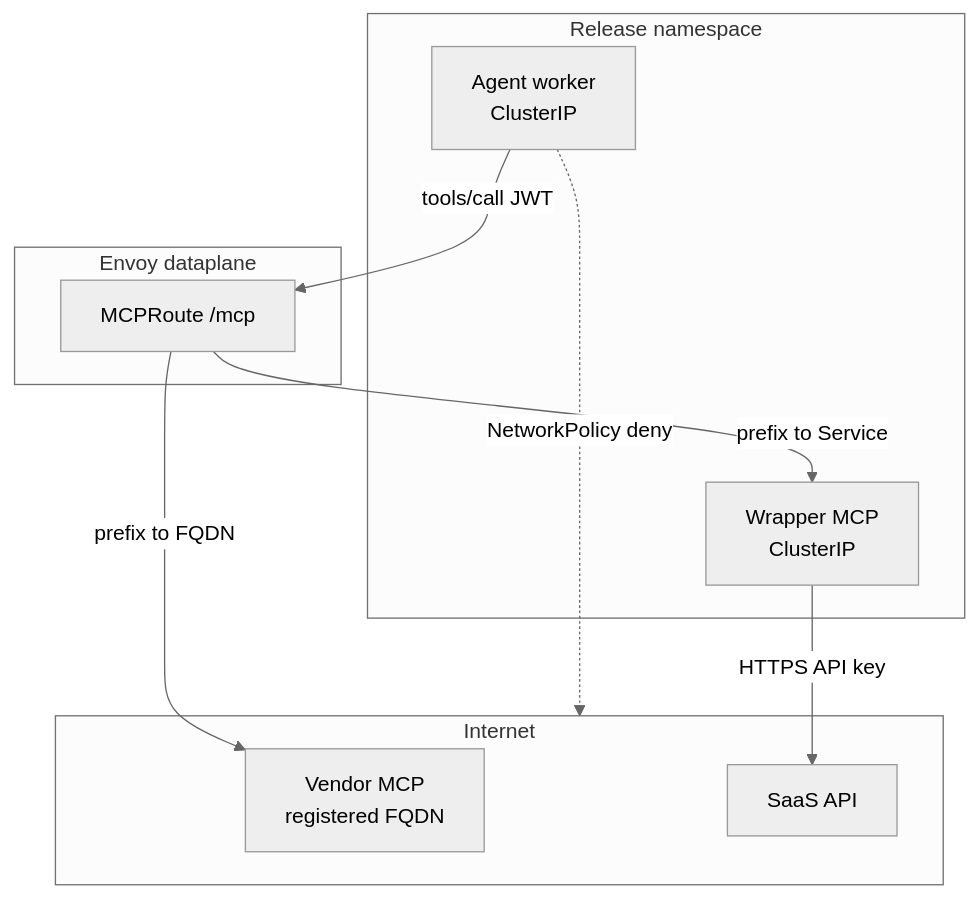
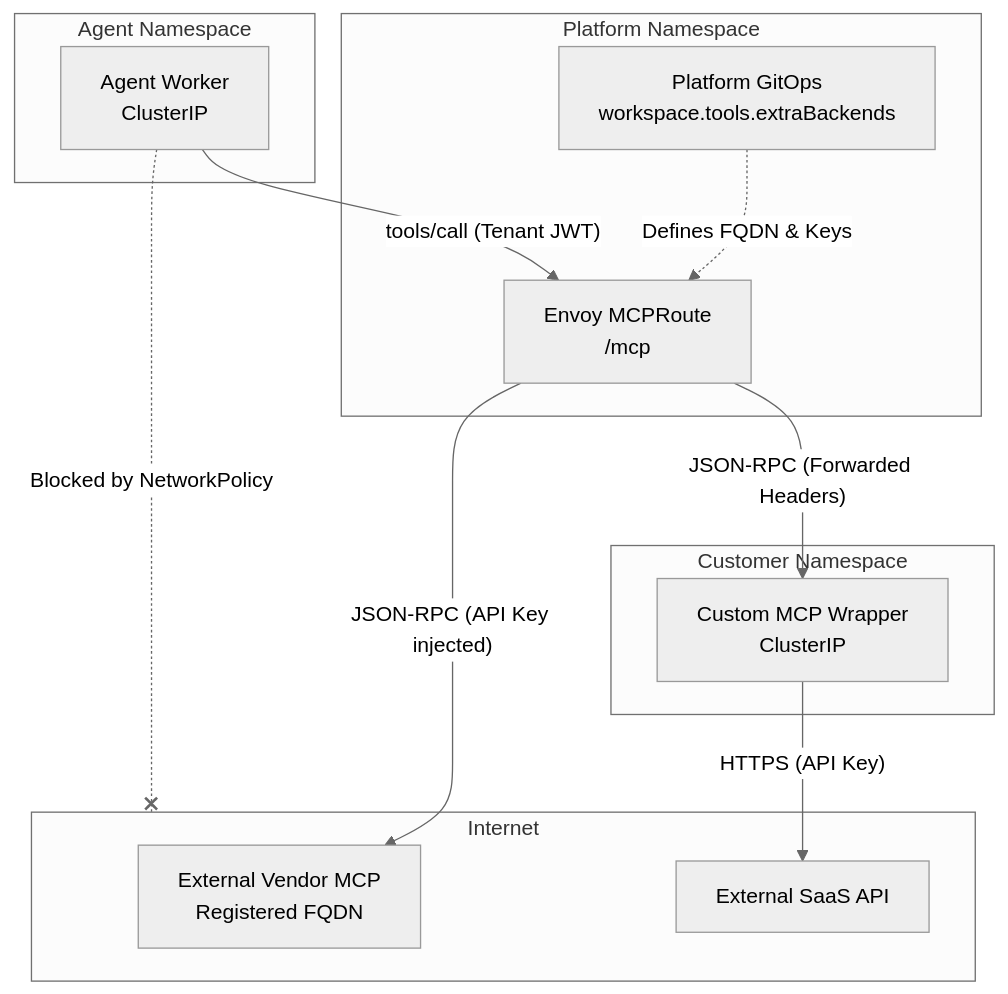
One commit to devopssquaddev/zelkor-platform changed the first of 2 diagrams in docs/architecture-external-mcp.md. Above: the diagram before and after it, drawn with Mermaid.

Commit message:
docs(platform): restore detailed architecture diagram
Restored the first flowchart diagram to the more detailed version that
explicitly shows the GitOps boundary, the MCP Gateway, and the two distinct
routing paths (Direct FQDN vs Custom Wrapper).

````diff
--- a/docs/architecture-external-mcp.md
+++ b/docs/architecture-external-mcp.md
@@ -28,23 +28,37 @@
 ```mermaid
 ---
 config:
   theme: neutral
 ---
 flowchart TB
-  subgraph cluster [Release namespace]
-    Agent[Agent worker\nClusterIP]
-    ExtraMCP[Wrapper MCP\nClusterIP]
+  subgraph Agent Namespace
+    Agent[Agent Worker\nClusterIP]
   end
-  subgraph dataplane [Envoy dataplane]
-    Route[MCPRoute /mcp]
+
+  subgraph Platform Namespace
+    MCPGateway[Envoy MCPRoute\n/mcp]
+    GitOps[Platform GitOps\nworkspace.tools.extraBackends]
   end
-  subgraph internet [Internet]
-    VendorMCP[Vendor MCP\nregistered FQDN]
-    SaaSAPI[SaaS API]
+
+  subgraph Customer Namespace
+    ExtraMCP[Custom MCP Wrapper\nClusterIP]
   end
-  Agent -->|"tools/call JWT"| Route
-  Route -->|"prefix to FQDN"| VendorMCP
-  Route -->|"prefix to Service"| ExtraMCP
-  ExtraMCP -->|"HTTPS API key"| SaaSAPI
-  Agent -.->|"NetworkPolicy deny"| internet
+  
+  subgraph Internet
+    VendorMCP[External Vendor MCP\nRegistered FQDN]
+    SaaSAPI[External SaaS API]
+  end
+
+  GitOps -. "Defines FQDN & Keys" .-> MCPGateway
+
+  Agent -- "tools/call (Tenant JWT)" --> MCPGateway
+  
+  %% Path 1: Direct FQDN
+  MCPGateway -- "JSON-RPC (API Key injected)" --> VendorMCP
+  
+  %% Path 2: Custom Wrapper
+  MCPGateway -- "JSON-RPC (Forwarded Headers)" --> ExtraMCP
+  ExtraMCP -- "HTTPS (API Key)" --> SaaSAPI
+  
+  Agent -. "Blocked by NetworkPolicy" .-x Internet
 ```
````
